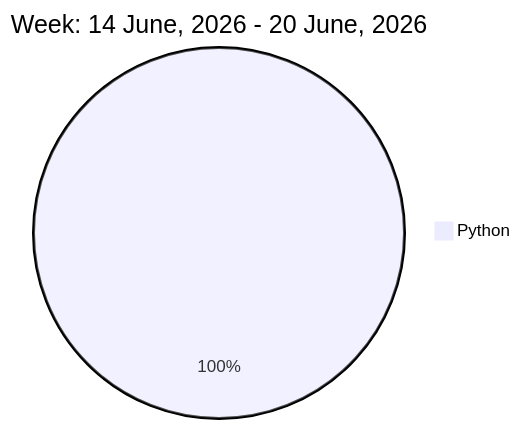
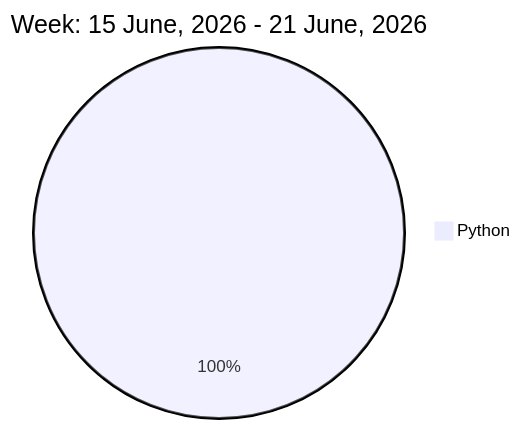
One commit to liubin95/liubin95 changed the diagram in README.md. Above: the diagram before and after it, drawn with Mermaid.

Commit message:
Updated the Graph with new Metrics

````diff
--- a/README.md
+++ b/README.md
@@ -32,5 +32,5 @@
 ```mermaid
  pie
-title Week: 14 June, 2026 - 20 June, 2026
+title Week: 15 June, 2026 - 21 June, 2026
  "Python" : 11.17
 ```
````
